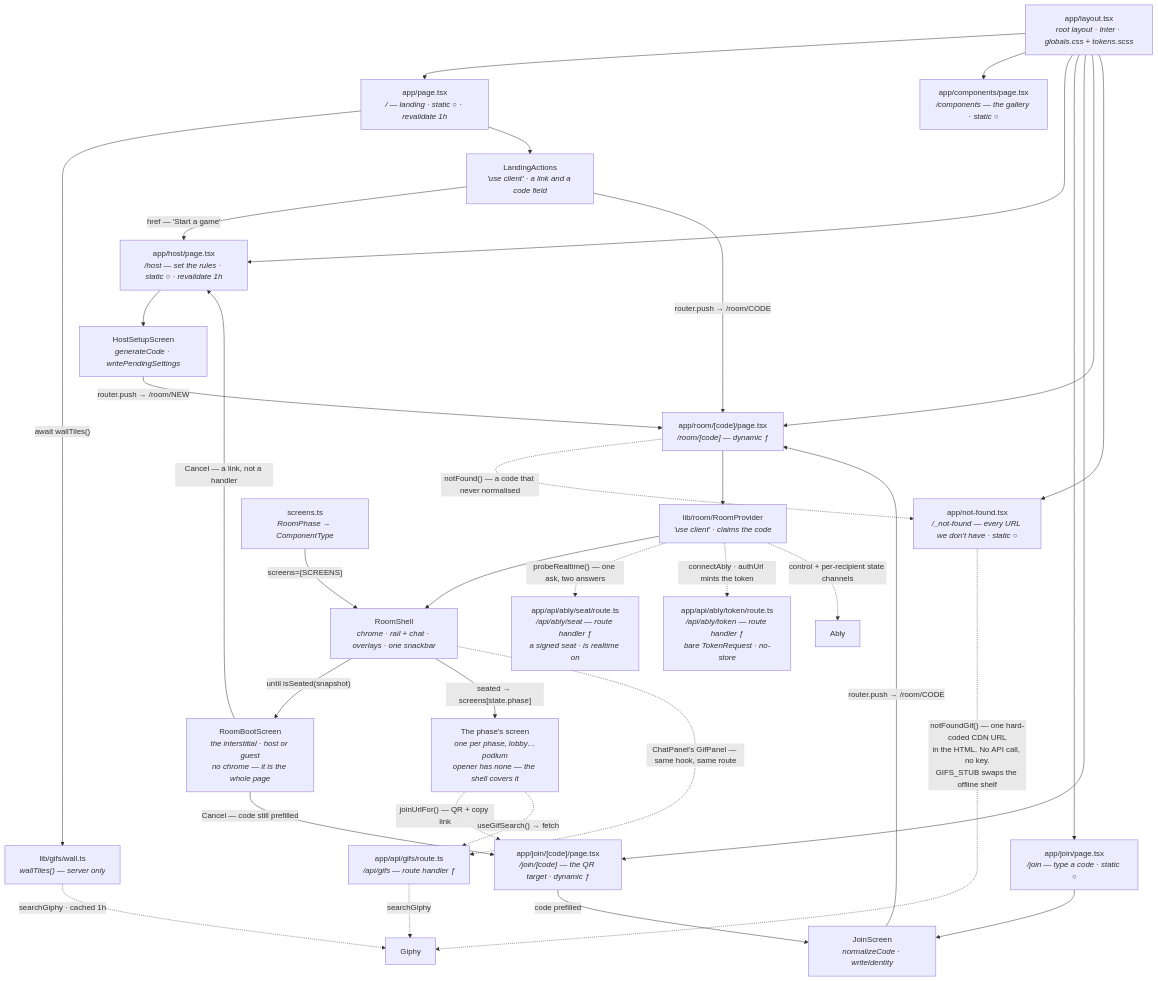
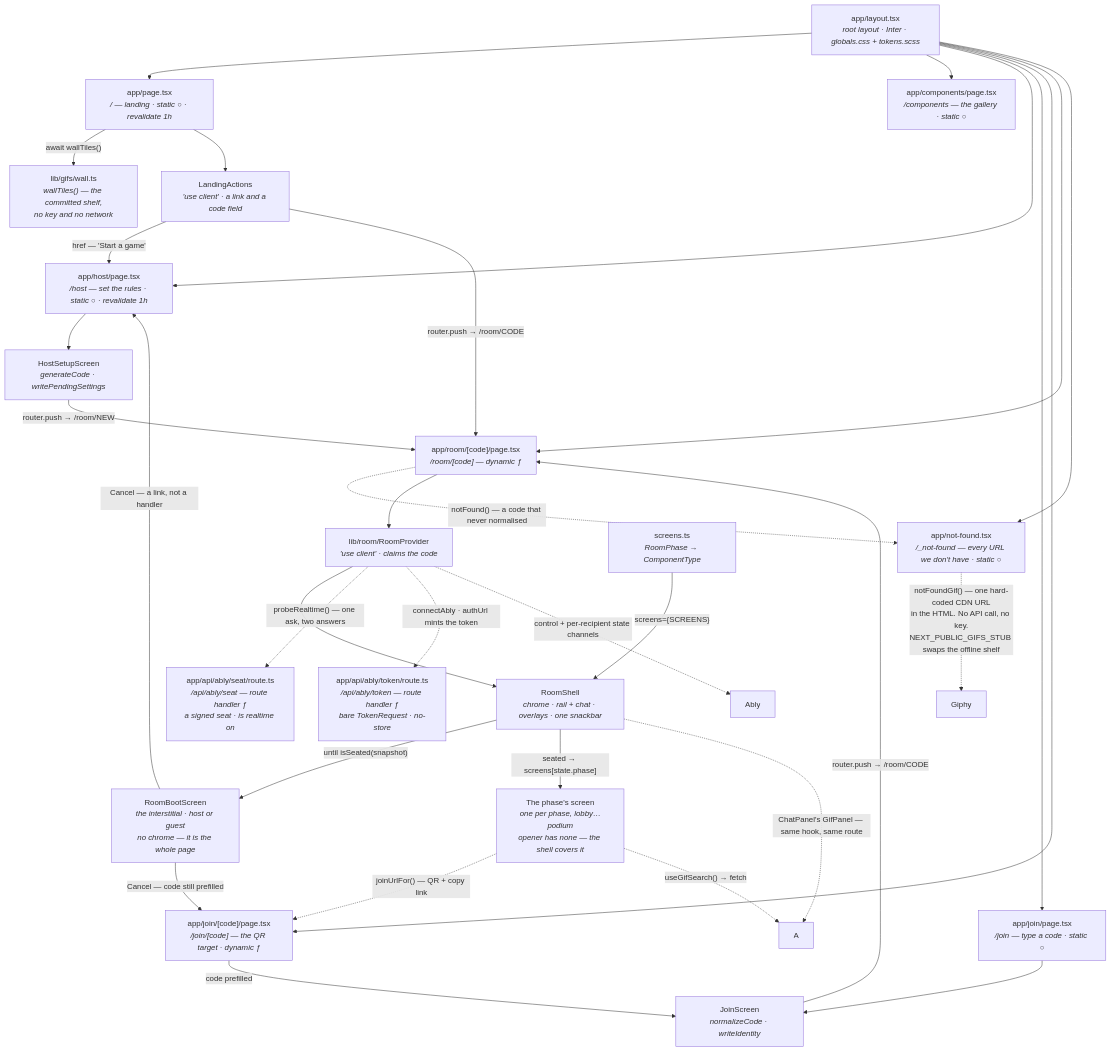
Before and after one commit to Jmeza081/captionist: the first of 12 diagrams in docs/architecture.md, drawn with Mermaid. The commit also changed other lines of this file and 47 other files, not shown here.

````diff
--- a/docs/architecture.md
+++ b/docs/architecture.md
@@ -493,58 +490,55 @@
 ```mermaid
 graph TD
   L["app/layout.tsx<br/><i>root layout · Inter · globals.css + tokens.scss</i>"]
   P["app/page.tsx<br/><i>/ — landing · static ○ · revalidate 1h</i>"]
   C["app/components/page.tsx<br/><i>/components — the gallery · static ○</i>"]
   H["app/host/page.tsx<br/><i>/host — set the rules · static ○ · revalidate 1h</i>"]
   J["app/join/page.tsx<br/><i>/join — type a code · static ○</i>"]
   JC["app/join/[code]/page.tsx<br/><i>/join/[code] — the QR target · dynamic ƒ</i>"]
   R["app/room/[code]/page.tsx<br/><i>/room/[code] — dynamic ƒ</i>"]
-  A["app/api/gifs/route.ts<br/><i>/api/gifs — route handler ƒ</i>"]
   SE["app/api/ably/seat/route.ts<br/><i>/api/ably/seat — route handler ƒ<br/>a signed seat · is realtime on</i>"]
   TK["app/api/ably/token/route.ts<br/><i>/api/ably/token — route handler ƒ<br/>bare TokenRequest · no-store</i>"]
   AB["Ably"]
   NF["app/not-found.tsx<br/><i>/_not-found — every URL we don't have · static ○</i>"]
-  W["lib/gifs/wall.ts<br/><i>wallTiles() — server only</i>"]
+  W["lib/gifs/wall.ts<br/><i>wallTiles() — the committed shelf,<br/>no key and no network</i>"]
   GY["Giphy"]
   LA["LandingActions<br/><i>'use client' · a link and a code field</i>"]
   HS["HostSetupScreen<br/><i>generateCode · writePendingSettings</i>"]
   JS["JoinScreen<br/><i>normalizeCode · writeIdentity</i>"]
   RP["lib/room/RoomProvider<br/><i>'use client' · claims the code</i>"]
   SH["RoomShell<br/><i>chrome · rail + chat · overlays · one snackbar</i>"]
   BT["RoomBootScreen<br/><i>the interstitial · host or guest<br/>no chrome — it is the whole page</i>"]
   SC["screens.ts<br/><i>RoomPhase → ComponentType</i>"]
   SCR["The phase's screen<br/><i>one per phase, lobby…podium<br/>opener has none — the shell covers it</i>"]
 
   L --> P
   L --> C
   L --> H
   L --> J
   L --> JC
   L --> R
   L --> NF
   R -.->|"notFound() — a code that never normalised"| NF
-  NF -.->|"notFoundGif() — one hard-coded CDN URL<br/>in the HTML. No API call, no key.<br/>GIFS_STUB swaps the offline shelf"| GY
+  NF -.->|"notFoundGif() — one hard-coded CDN URL<br/>in the HTML. No API call, no key.<br/>NEXT_PUBLIC_GIFS_STUB swaps the offline shelf"| GY
   P -->|"await wallTiles()"| W
-  W -.->|"searchGiphy · cached 1h"| GY
   P --> LA
   LA -->|"href — 'Start a game'"| H
   LA -->|"router.push → /room/CODE"| R
   H --> HS
   J --> JS
   JC -->|"code prefilled"| JS
   HS -->|"router.push → /room/NEW"| R
   JS -->|"router.push → /room/CODE"| R
   R --> RP --> SH
   RP -.->|"probeRealtime() — one ask, two answers"| SE
   RP -.->|"connectAbly · authUrl mints the token"| TK
   RP -.->|"control + per-recipient state channels"| AB
   SC -->|"screens={SCREENS}"| SH
   SH -->|"until isSeated(snapshot)"| BT
   BT -->|"Cancel — a link, not a handler"| H
   BT -->|"Cancel — code still prefilled"| JC
   SH -->|"seated → screens[state.phase]"| SCR
   SCR -.->|"joinUrlFor() — QR + copy link"| JC
   SCR -.->|"useGifSearch() → fetch"| A
   SH -.->|"ChatPanel's GifPanel — same hook, same route"| A
-  A -.->|"searchGiphy"| GY
 ```
````
